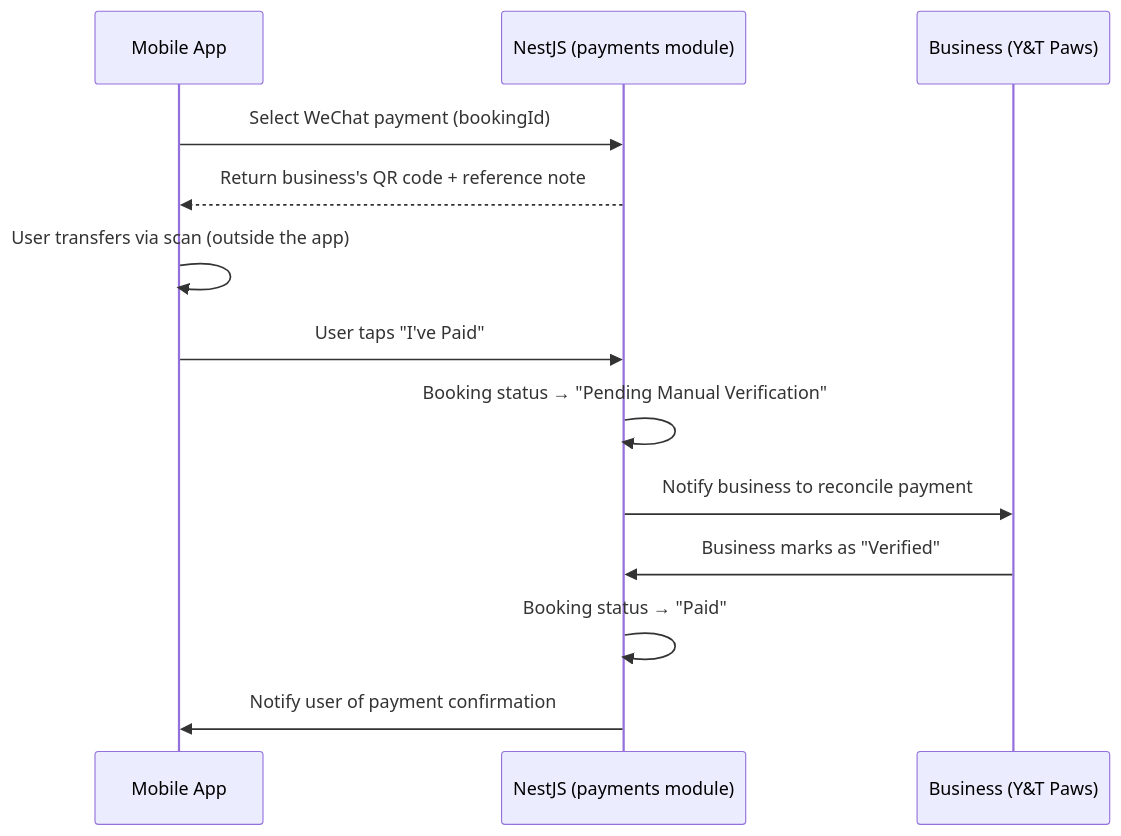
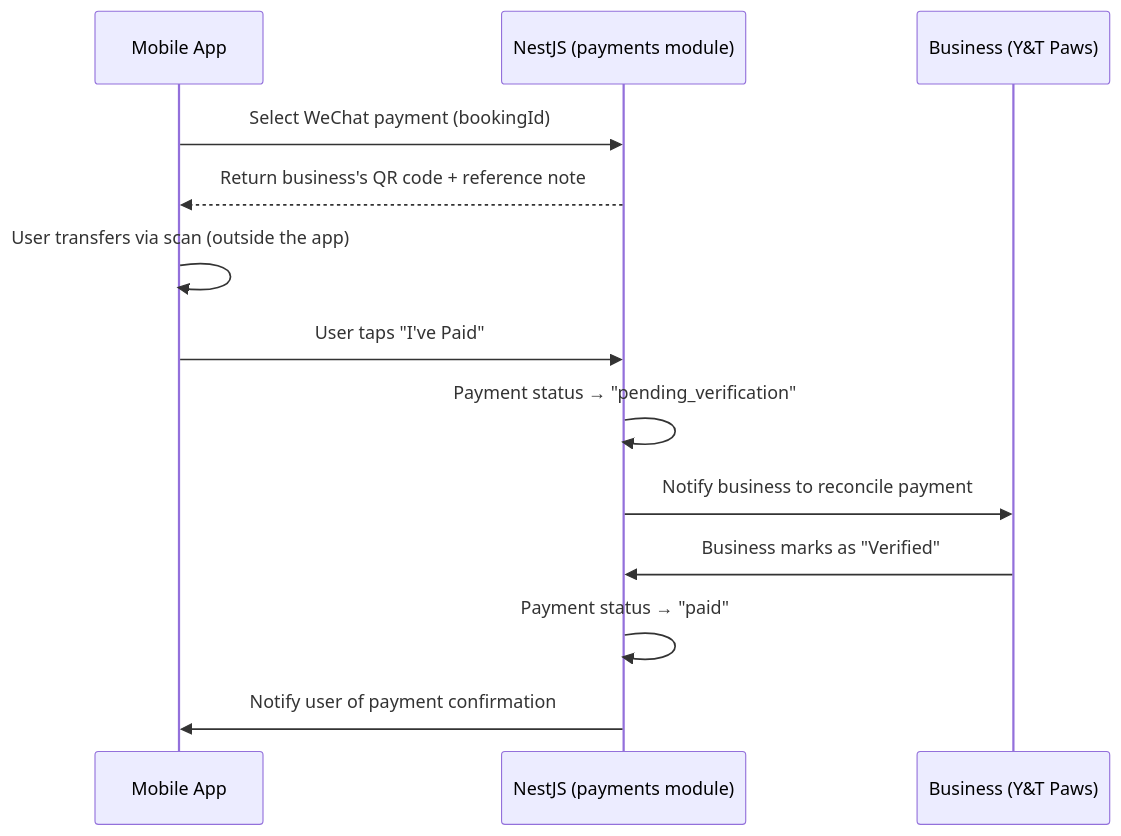
Before and after one commit to xiyunliu610/yt-paws-platform: the fifth of 7 diagrams in docs/03_System_Architecture.md, drawn with Mermaid. The commit also changed other lines of this file and 2 other files, not shown here.

First line of the commit message:
docs: sync PRD and architecture docs with payments/reports/businesses work

````diff
--- a/docs/03_System_Architecture.md
+++ b/docs/03_System_Architecture.md
@@ -279,16 +291,16 @@
 ```mermaid
 sequenceDiagram
     participant App as Mobile App
     participant API as NestJS (payments module)
     participant Owner as Business (Y&T Paws)
 
     App->>API: Select WeChat payment (bookingId)
     API-->>App: Return business's QR code + reference note
     App->>App: User transfers via scan (outside the app)
     App->>API: User taps "I've Paid"
-    API->>API: Booking status → "Pending Manual Verification"
+    API->>API: Payment status → "pending_verification"
     API->>Owner: Notify business to reconcile payment
     Owner->>API: Business marks as "Verified"
-    API->>API: Booking status → "Paid"
+    API->>API: Payment status → "paid"
     API->>App: Notify user of payment confirmation
 ```
````
